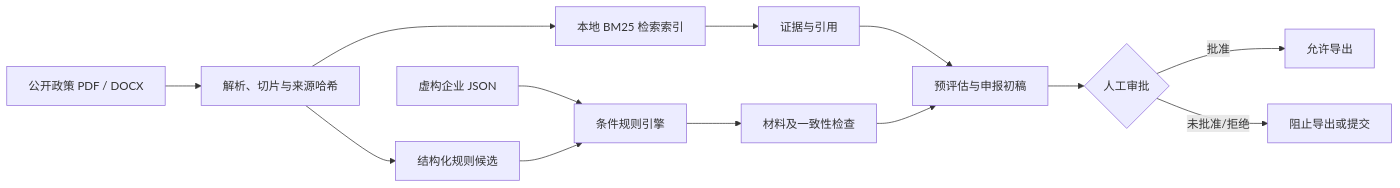
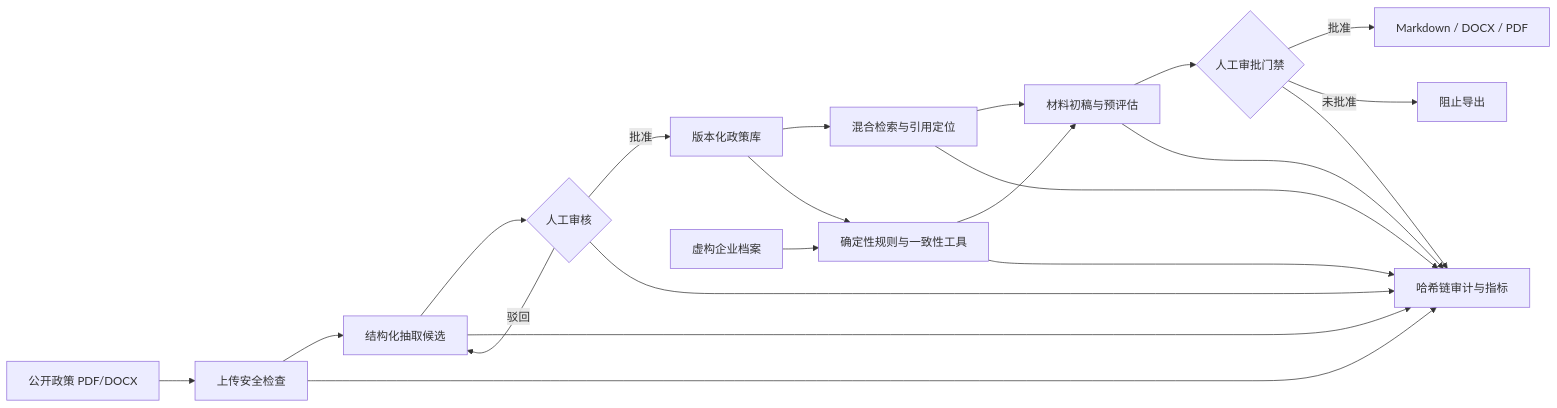
One commit to jiaotashidi-bi/manufacturing-project-agent changed the diagram in README.md. Above: the diagram before and after it, drawn with Mermaid. The commit also changed other lines of this file and 39 other files, not shown here.

````diff
--- a/README.md
+++ b/README.md
@@ -71,15 +27,17 @@
 ```mermaid
 flowchart LR
-    A["公开政策 PDF / DOCX"] --> B["解析、切片与来源哈希"]
-    B --> C["本地 BM25 检索索引"]
-    B --> D["结构化规则候选"]
-    E["虚构企业 JSON"] --> F["条件规则引擎"]
-    D --> F
-    C --> G["证据与引用"]
-    F --> H["材料及一致性检查"]
-    G --> I["预评估与申报初稿"]
-    H --> I
-    I --> J{"人工审批"}
-    J -->|批准| K["允许导出"]
-    J -->|未批准/拒绝| L["阻止导出或提交"]
+    A["公开政策 PDF/DOCX"] --> B["上传安全检查"]
+    B --> C["结构化抽取候选"]
+    C --> D{"人工审核"}
+    D -->|批准| E["版本化政策库"]
+    D -->|驳回| C
+    F["虚构企业档案"] --> G["确定性规则与一致性工具"]
+    E --> H["混合检索与引用定位"]
+    E --> G
+    H --> I["材料初稿与预评估"]
+    G --> I
+    I --> J{"人工审批门禁"}
+    J -->|批准| K["Markdown / DOCX / PDF"]
+    J -->|未批准| L["阻止导出"]
+    B & C & D & G & H & I & J --> M["哈希链审计与指标"]
 ```
````
